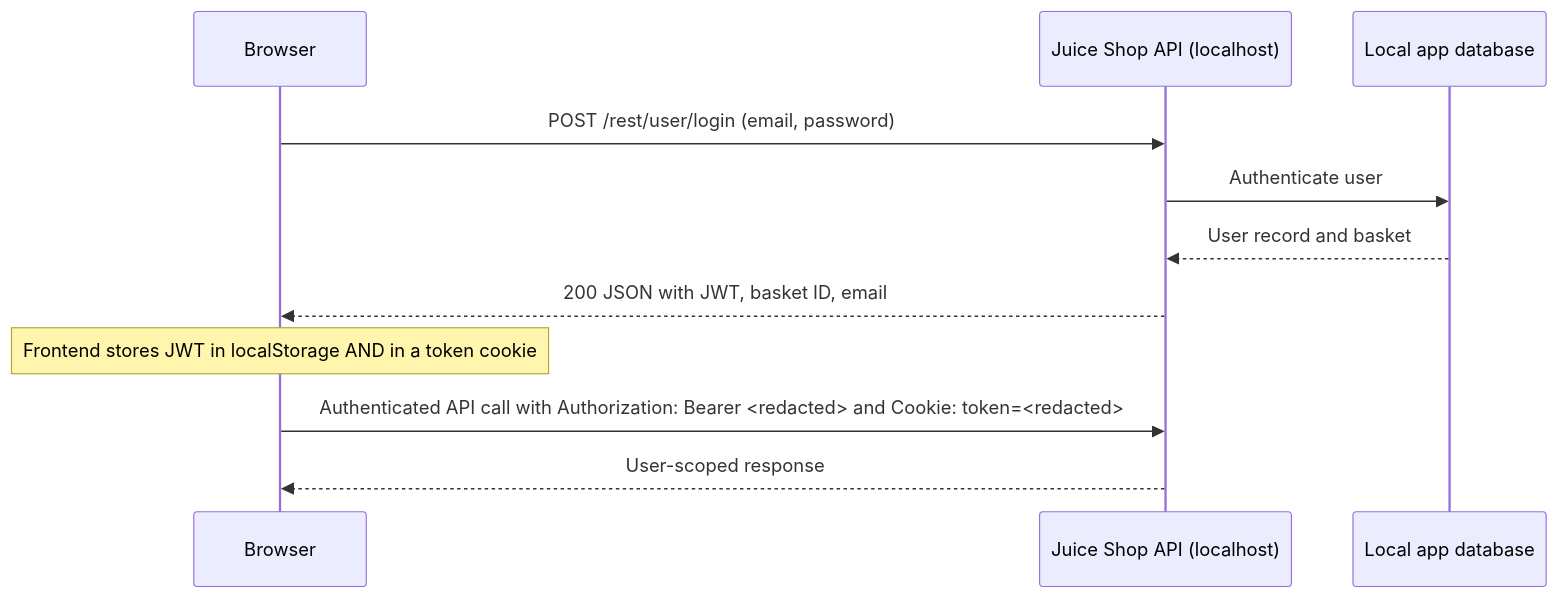
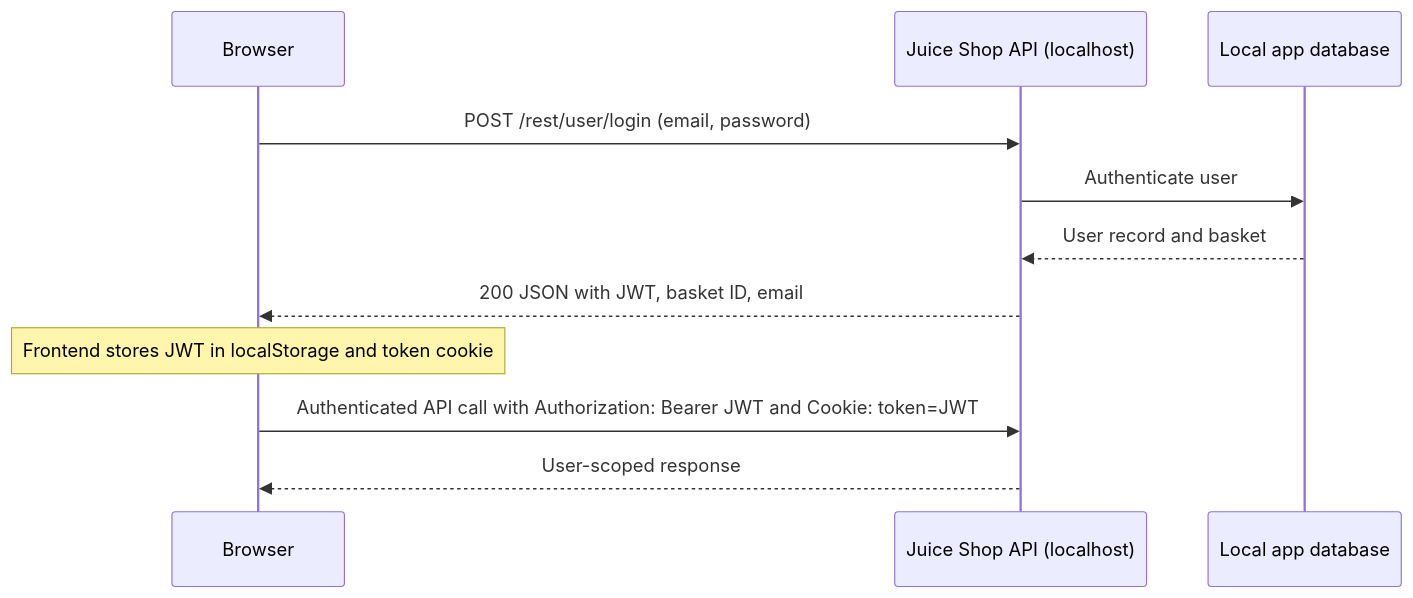
One commit to deboo-07/WebHunter changed the diagram in week1/auth-session-flow.md. Above: the diagram before and after it, drawn with Mermaid. The commit also changed other lines of this file and 52 other files, not shown here.

````diff
--- a/week1/auth-session-flow.md
+++ b/week1/auth-session-flow.md
@@ -3,13 +3,13 @@
 ```mermaid
 sequenceDiagram
   participant B as Browser
   participant A as Juice Shop API (localhost)
   participant DB as Local app database
   B->>A: POST /rest/user/login (email, password)
   A->>DB: Authenticate user
   DB-->>A: User record and basket
   A-->>B: 200 JSON with JWT, basket ID, email
-  Note over B: Frontend stores JWT in localStorage AND in a token cookie
-  B->>A: Authenticated API call with Authorization: Bearer <redacted> and Cookie: token=<redacted>
+  Note over B: Frontend stores JWT in localStorage and token cookie
+  B->>A: Authenticated API call with Authorization: Bearer JWT and Cookie: token=JWT
   A-->>B: User-scoped response
 ```
````
